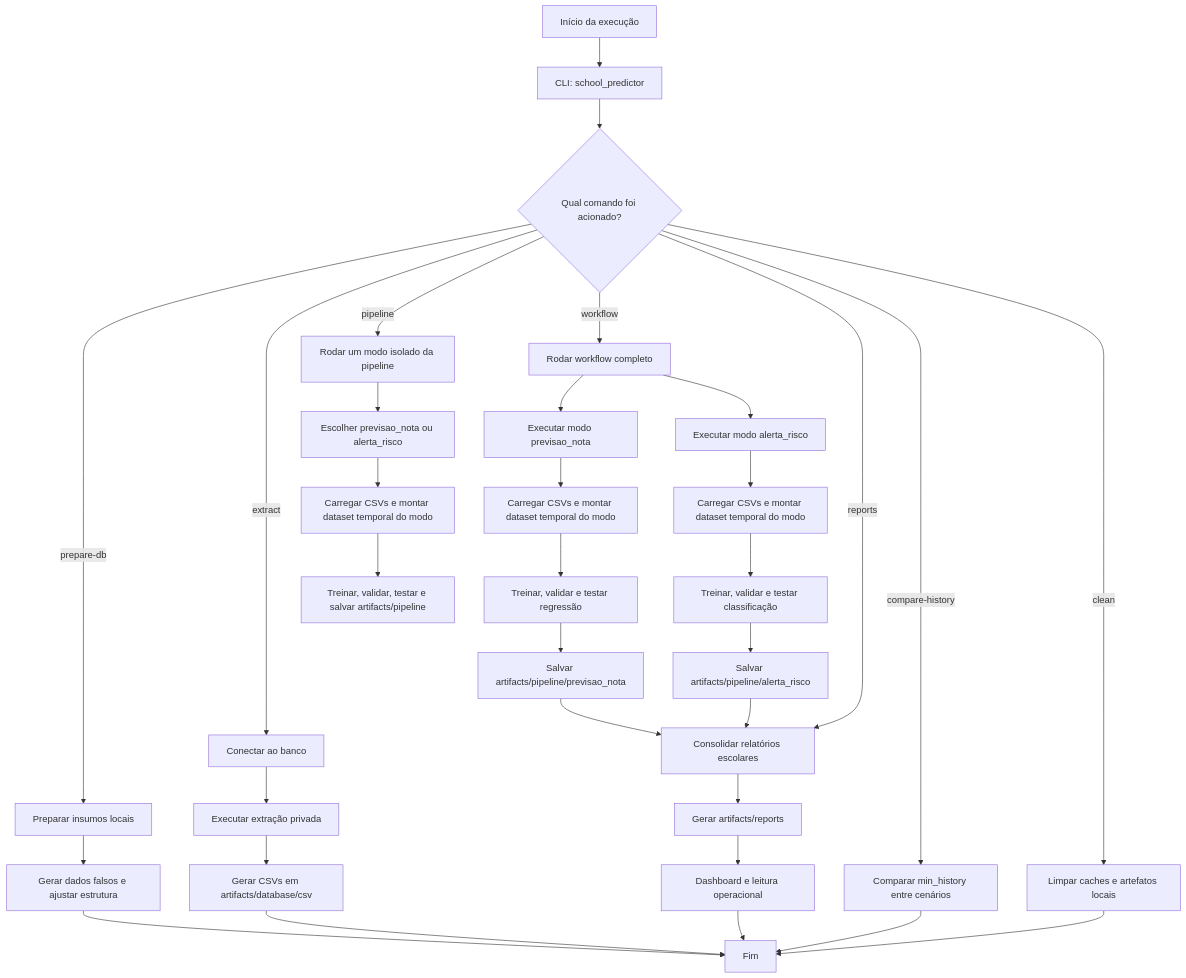
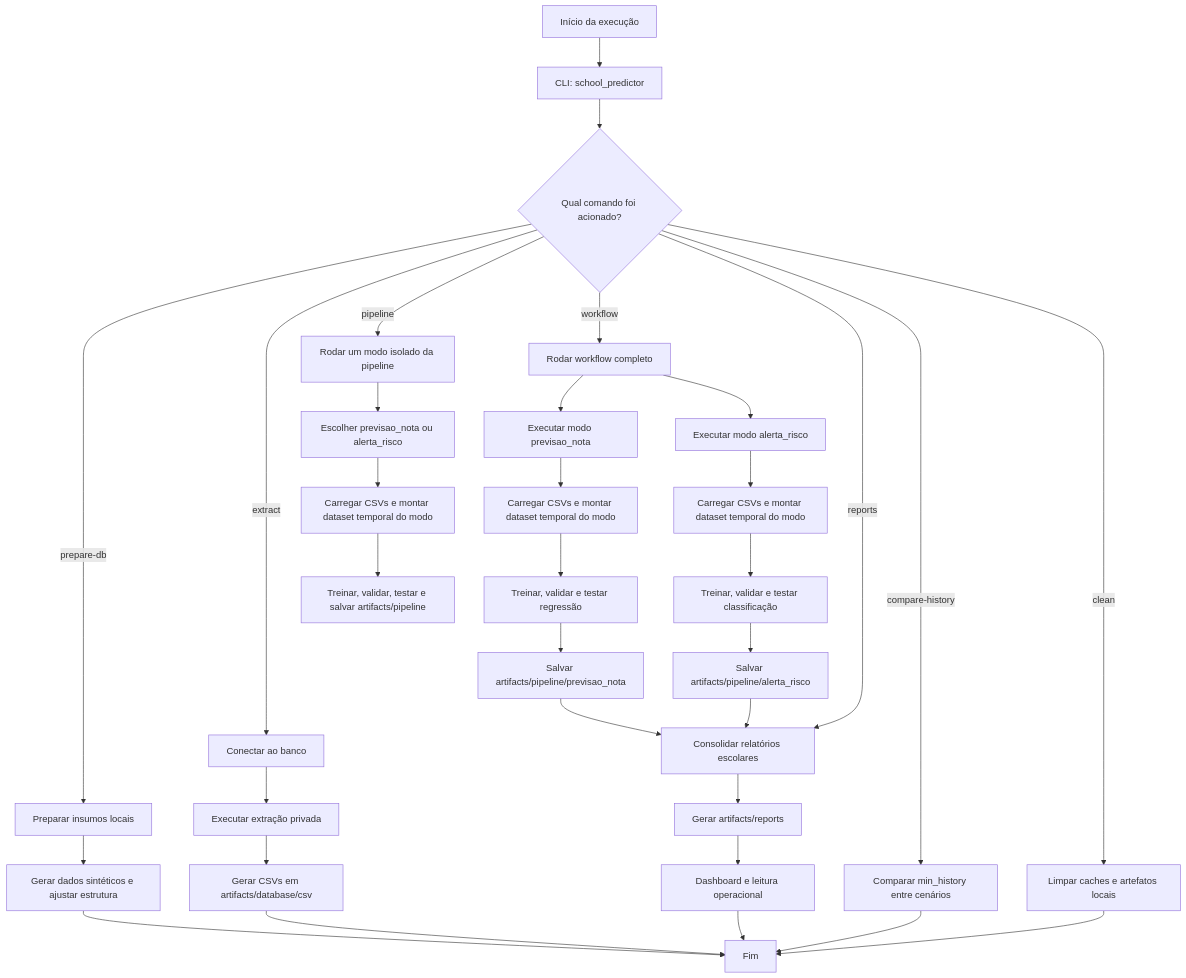
Before and after one commit to Ley00/school-predictor: the diagram in diagrama/fluxo.md, drawn with Mermaid. The commit also changed 14 other files, not shown here.

````diff
--- a/diagrama/fluxo.md
+++ b/diagrama/fluxo.md
@@ -5,40 +5,40 @@
 ```mermaid
 flowchart TD
     A["Início da execução"] --> B["CLI: school_predictor"]
     B --> C{"Qual comando foi acionado?"}
 
     C -->|prepare-db| D["Preparar insumos locais"]
-    D --> D1["Gerar dados falsos e ajustar estrutura"]
+    D --> D1["Gerar dados sintéticos e ajustar estrutura"]
     D1 --> Z["Fim"]
 
     C -->|extract| E["Conectar ao banco"]
     E --> F["Executar extração privada"]
     F --> G["Gerar CSVs em artifacts/database/csv"]
     G --> Z
 
     C -->|workflow| H["Rodar workflow completo"]
     H --> I["Executar modo previsao_nota"]
     H --> J["Executar modo alerta_risco"]
     I --> K["Carregar CSVs e montar dataset temporal do modo"]
     J --> L["Carregar CSVs e montar dataset temporal do modo"]
     K --> M["Treinar, validar e testar regressão"]
     L --> N["Treinar, validar e testar classificação"]
     M --> P["Salvar artifacts/pipeline/previsao_nota"]
     N --> Q["Salvar artifacts/pipeline/alerta_risco"]
     P --> R["Consolidar relatórios escolares"]
     Q --> R
 
     C -->|pipeline| W["Rodar um modo isolado da pipeline"]
     W --> X["Escolher previsao_nota ou alerta_risco"]
     X --> Y["Carregar CSVs e montar dataset temporal do modo"]
     Y --> AA["Treinar, validar, testar e salvar artifacts/pipeline"]
     R --> S["Gerar artifacts/reports"]
     S --> T["Dashboard e leitura operacional"]
     T --> Z
 
     C -->|reports| R
     C -->|compare-history| U["Comparar min_history entre cenários"]
     U --> Z
     C -->|clean| V["Limpar caches e artefatos locais"]
     V --> Z
 ```
````
